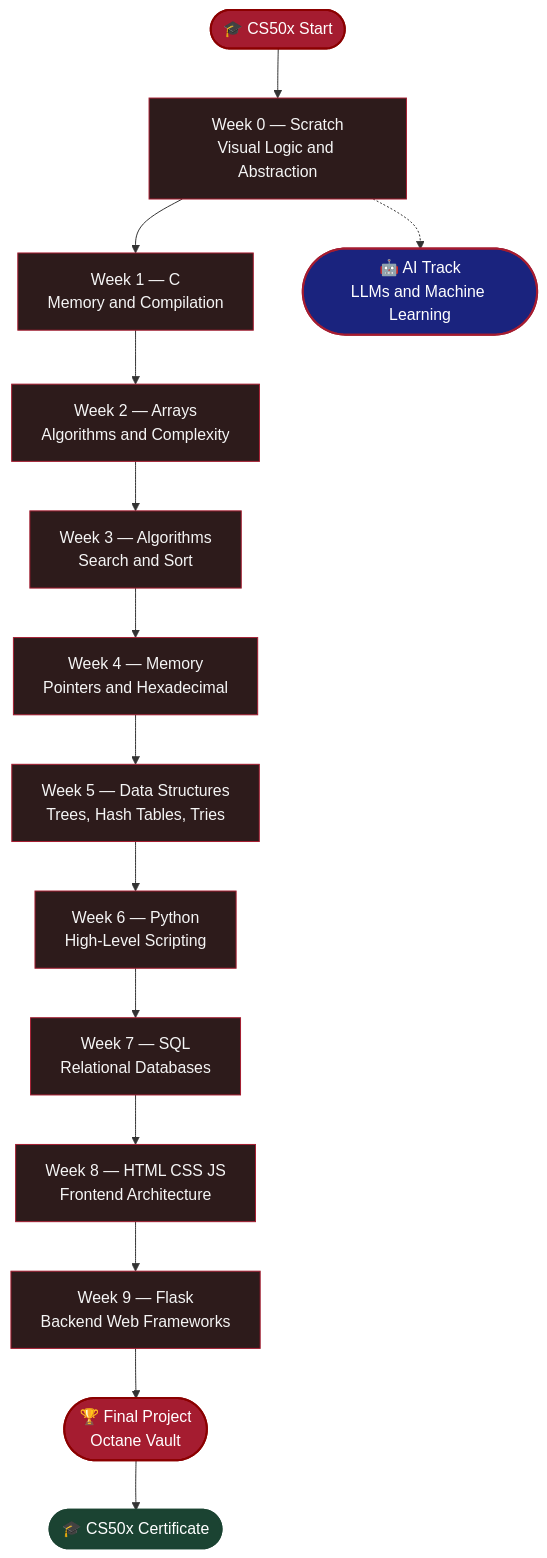
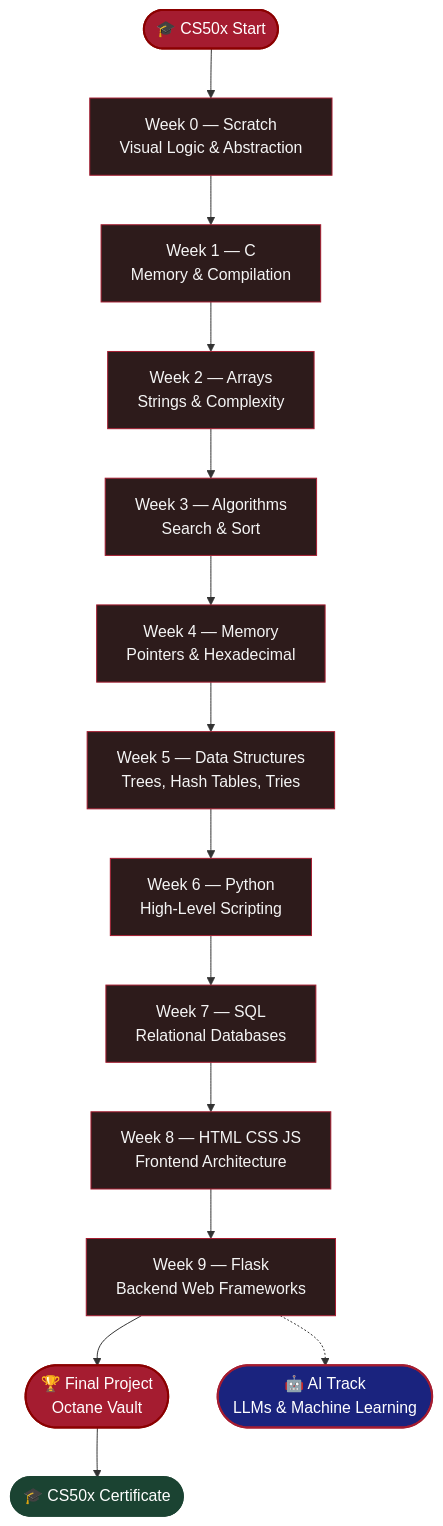
One commit to bavish007/cs50x changed the first of 2 diagrams in README.md. Above: the diagram before and after it, drawn with Mermaid. The commit also changed other lines of this file, not shown here.

````diff
--- a/README.md
+++ b/README.md
@@ -63,43 +69,31 @@
 ```mermaid
 flowchart TD
-    A([🎓 CS50x Start]) --> B[Week 0 — Scratch
-Visual Logic and Abstraction]
-    B --> C[Week 1 — C
-Memory and Compilation]
-    C --> D[Week 2 — Arrays
-Algorithms and Complexity]
-    D --> E[Week 3 — Algorithms
-Search and Sort]
-    E --> F[Week 4 — Memory
-Pointers and Hexadecimal]
-    F --> G[Week 5 — Data Structures
-Trees, Hash Tables, Tries]
-    G --> H[Week 6 — Python
-High-Level Scripting]
-    H --> I[Week 7 — SQL
-Relational Databases]
-    I --> J[Week 8 — HTML CSS JS
-Frontend Architecture]
-    J --> K[Week 9 — Flask
-Backend Web Frameworks]
-    K --> L([🏆 Final Project
-Octane Vault])
+    A([🎓 CS50x Start]) --> B[Week 0 — Scratch<br/>Visual Logic & Abstraction]
+    B --> C[Week 1 — C<br/>Memory & Compilation]
+    C --> D[Week 2 — Arrays<br/>Strings & Complexity]
+    D --> E[Week 3 — Algorithms<br/>Search & Sort]
+    E --> F[Week 4 — Memory<br/>Pointers & Hexadecimal]
+    F --> G[Week 5 — Data Structures<br/>Trees, Hash Tables, Tries]
+    G --> H[Week 6 — Python<br/>High-Level Scripting]
+    H --> I[Week 7 — SQL<br/>Relational Databases]
+    I --> J[Week 8 — HTML CSS JS<br/>Frontend Architecture]
+    J --> K[Week 9 — Flask<br/>Backend Web Frameworks]
+    K --> L([🏆 Final Project<br/>Octane Vault])
     L --> N([🎓 CS50x Certificate])
-    B -.-> M([🤖 AI Track
-LLMs and Machine Learning])
+    K -.-> M([🤖 AI Track<br/>LLMs & Machine Learning])
 
     style A fill:#A51C30,color:#fff,stroke:#8B0000,stroke-width:2px
     style L fill:#A51C30,color:#fff,stroke:#8B0000,stroke-width:2px
     style N fill:#1B4332,color:#fff,stroke:#1B4332,stroke-width:2px
     style M fill:#1a237e,color:#fff,stroke:#A51C30,stroke-width:2px
     style B fill:#2d1b1b,color:#f5f5f5,stroke:#A51C30
     style C fill:#2d1b1b,color:#f5f5f5,stroke:#A51C30
     style D fill:#2d1b1b,color:#f5f5f5,stroke:#A51C30
     style E fill:#2d1b1b,color:#f5f5f5,stroke:#A51C30
     style F fill:#2d1b1b,color:#f5f5f5,stroke:#A51C30
     style G fill:#2d1b1b,color:#f5f5f5,stroke:#A51C30
     style H fill:#2d1b1b,color:#f5f5f5,stroke:#A51C30
     style I fill:#2d1b1b,color:#f5f5f5,stroke:#A51C30
     style J fill:#2d1b1b,color:#f5f5f5,stroke:#A51C30
     style K fill:#2d1b1b,color:#f5f5f5,stroke:#A51C30
 ```
````
